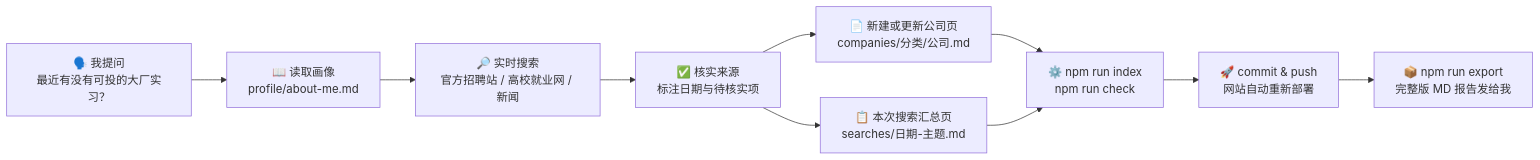
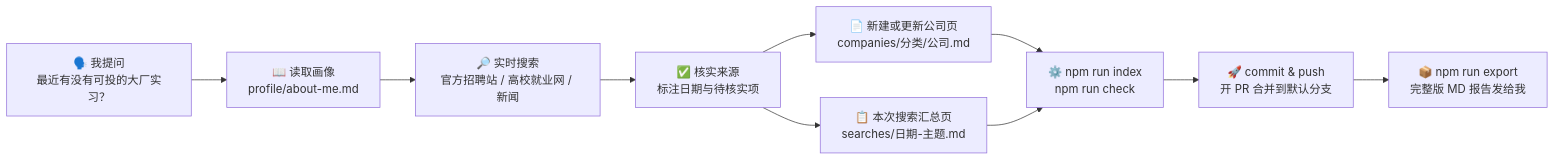
The second of 2 diagrams in guides/how-it-works.md (1739467001-svg/Internship-Application), drawn with Mermaid before and after one commit. The commit also changed other lines of this file and 29 other files, not shown here.

````diff
--- a/guides/how-it-works.md
+++ b/guides/how-it-works.md
@@ -44,12 +44,12 @@
 ```mermaid
 flowchart LR
     A["🗣️ 我提问<br/>最近有没有可投的大厂实习？"] --> B["📖 读取画像<br/>profile/about-me.md"]
     B --> C["🔎 实时搜索<br/>官方招聘站 / 高校就业网 / 新闻"]
     C --> D["✅ 核实来源<br/>标注日期与待核实项"]
     D --> E["📄 新建或更新公司页<br/>companies/分类/公司.md"]
     D --> F["📋 本次搜索汇总页<br/>searches/日期-主题.md"]
     E --> G["⚙️ npm run index<br/>npm run check"]
     F --> G
-    G --> H["🚀 commit & push<br/>网站自动重新部署"]
+    G --> H["🚀 commit & push<br/>开 PR 合并到默认分支"]
     H --> I["📦 npm run export<br/>完整版 MD 报告发给我"]
 ```
````
